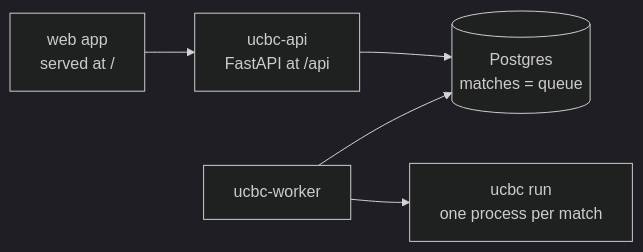
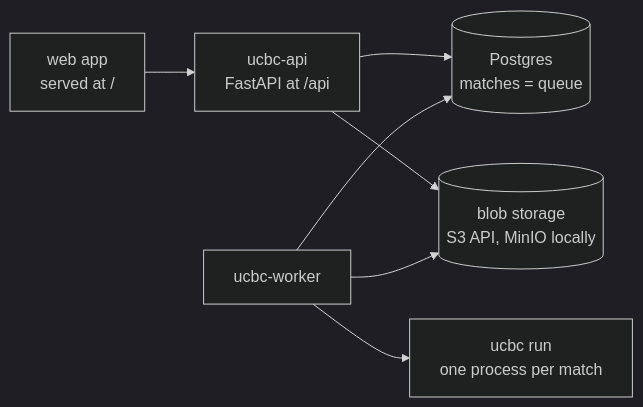
One commit to aheschl1/ucalgarybc2027 changed the first of 2 diagrams in docs/platform.md. Above: the diagram before and after it, drawn with Mermaid (dark theme). The commit also changed other lines of this file and 19 other files, not shown here.

````diff
--- a/docs/platform.md
+++ b/docs/platform.md
@@ -3,12 +3,15 @@
 ```mermaid
 graph LR
     web[web app<br/>served at /]
     api[ucbc-api<br/>FastAPI at /api]
     db[(Postgres<br/>matches = queue)]
+    blobs[(blob storage<br/>S3 API, MinIO locally)]
     worker[ucbc-worker]
     engine[ucbc run<br/>one process per match]
     web --> api
     api --> db
+    api --> blobs
     worker --> db
+    worker --> blobs
     worker --> engine
 ```
````
